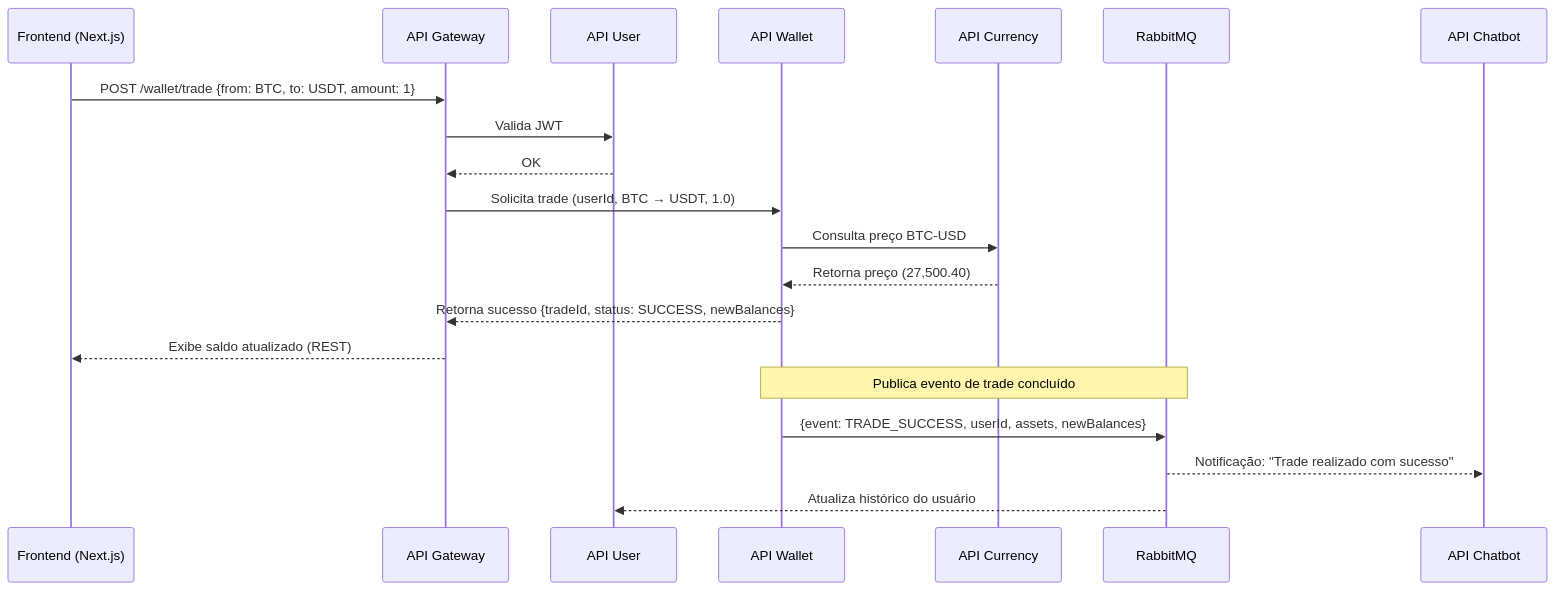
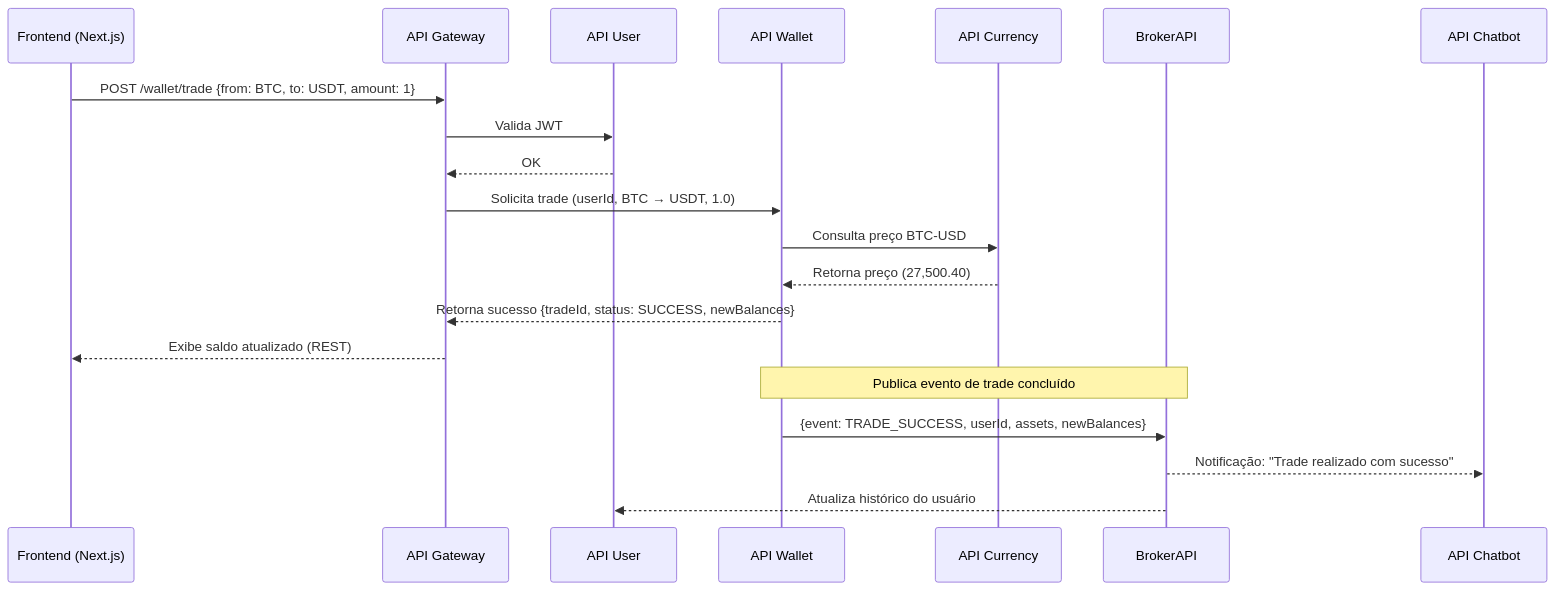
The first of 3 diagrams in doc/comm_sync_async.md (profAndreSouza/AMS5_TradeHolding), drawn with Mermaid before and after one commit. The commit also changed other lines of this file, not shown here.

````diff
--- a/doc/comm_sync_async.md
+++ b/doc/comm_sync_async.md
@@ -236,24 +236,24 @@
 ```mermaid
 sequenceDiagram
     participant FE as Frontend (Next.js)
     participant GW as API Gateway
     participant U as API User
     participant W as API Wallet
     participant C as API Currency
-    participant MQ as RabbitMQ
+    participant MQ as BrokerAPI
     participant CB as API Chatbot
 
     FE->>GW: POST /wallet/trade {from: BTC, to: USDT, amount: 1}
     GW->>U: Valida JWT
     U-->>GW: OK
     GW->>W: Solicita trade (userId, BTC → USDT, 1.0)
     W->>C: Consulta preço BTC-USD
     C-->>W: Retorna preço (27,500.40)
     W-->>GW: Retorna sucesso {tradeId, status: SUCCESS, newBalances}
     GW-->>FE: Exibe saldo atualizado (REST)
 
     Note over W, MQ: Publica evento de trade concluído
     W->>MQ: {event: TRADE_SUCCESS, userId, assets, newBalances}
     MQ-->>CB: Notificação: "Trade realizado com sucesso"
     MQ-->>U: Atualiza histórico do usuário
 ```
````
